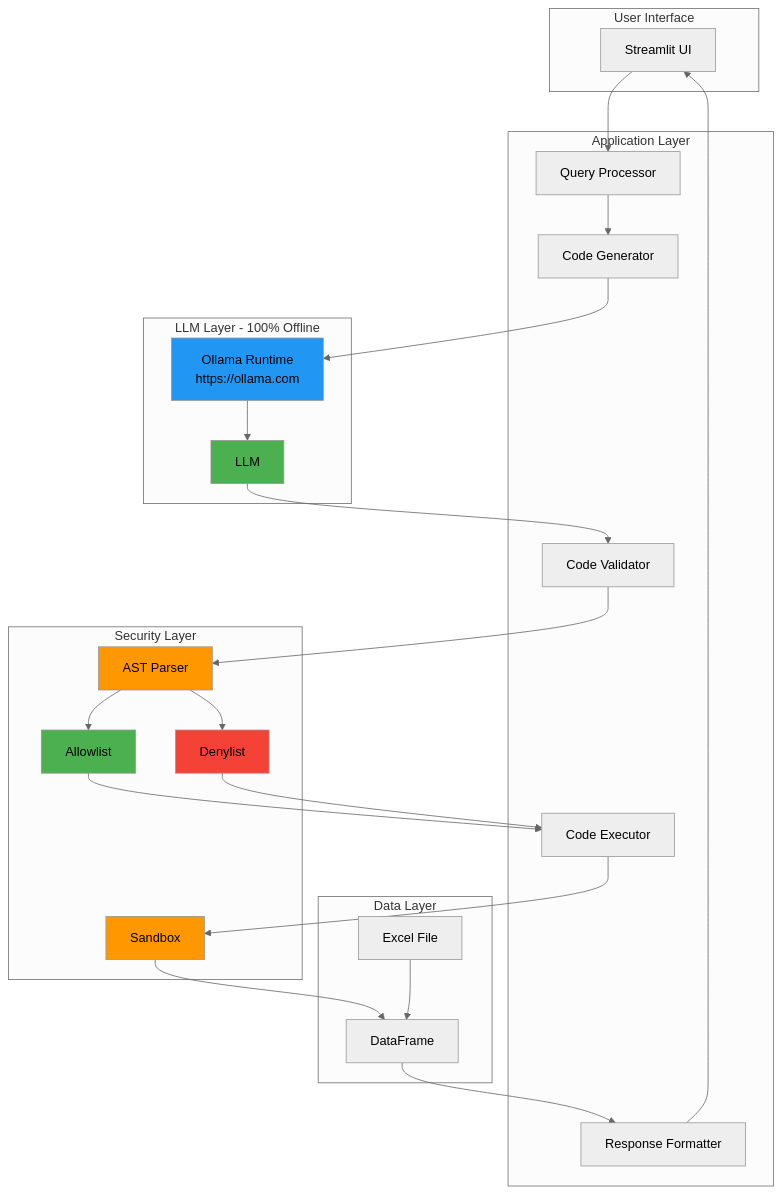
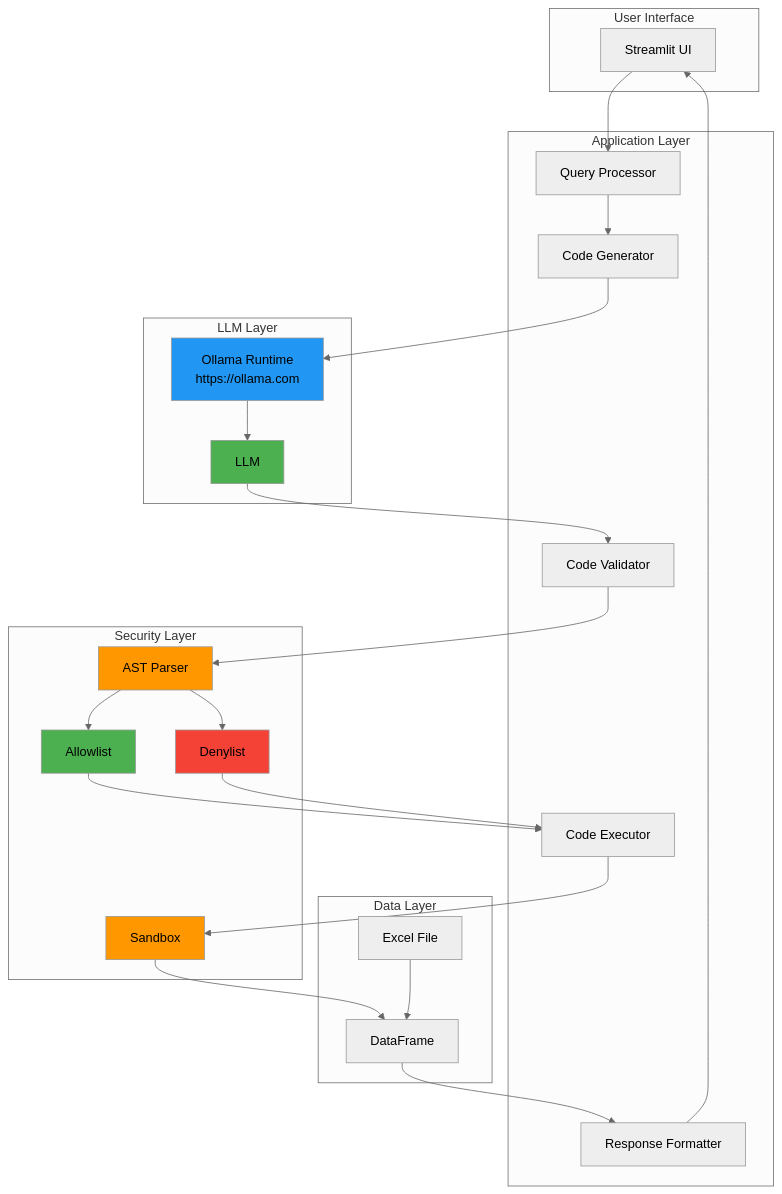
The first of 5 diagrams in README.md (simonLoutfi/Pharmacy-Chatbot), drawn with Mermaid (neutral theme) before and after one commit.

````diff
--- a/README.md
+++ b/README.md
@@ -54,55 +54,55 @@
 ```mermaid
 graph TB
     subgraph "User Interface"
         UI[Streamlit UI]
     end
     
     subgraph "Application Layer"
         QP[Query Processor]
         CG[Code Generator]
         CV[Code Validator]
         CE[Code Executor]
         RF[Response Formatter]
     end
     
-    subgraph "LLM Layer - 100% Offline"
+    subgraph "LLM Layer"
         OLLAMA[Ollama Runtime<br/>https://ollama.com]
         MODEL[LLM<br/>]
     end
     
     subgraph "Data Layer"
         EXCEL[Excel File]
         DF[DataFrame]
     end
     
     subgraph "Security Layer"
         AST[AST Parser]
         ALLOW[Allowlist]
         DENY[Denylist]
         SANDBOX[Sandbox]
     end
     
     UI --> QP
     QP --> CG
     CG --> OLLAMA
     OLLAMA --> MODEL
     MODEL --> CV
     CV --> AST
     AST --> ALLOW
     AST --> DENY
     ALLOW --> CE
     DENY --> CE
     CE --> SANDBOX
     SANDBOX --> DF
     DF --> RF
     RF --> UI
     
     EXCEL --> DF
     
     style OLLAMA fill:#2196F3
     style MODEL fill:#4CAF50
     style AST fill:#FF9800
     style ALLOW fill:#4CAF50
     style DENY fill:#F44336
     style SANDBOX fill:#FF9800
 ```
````
